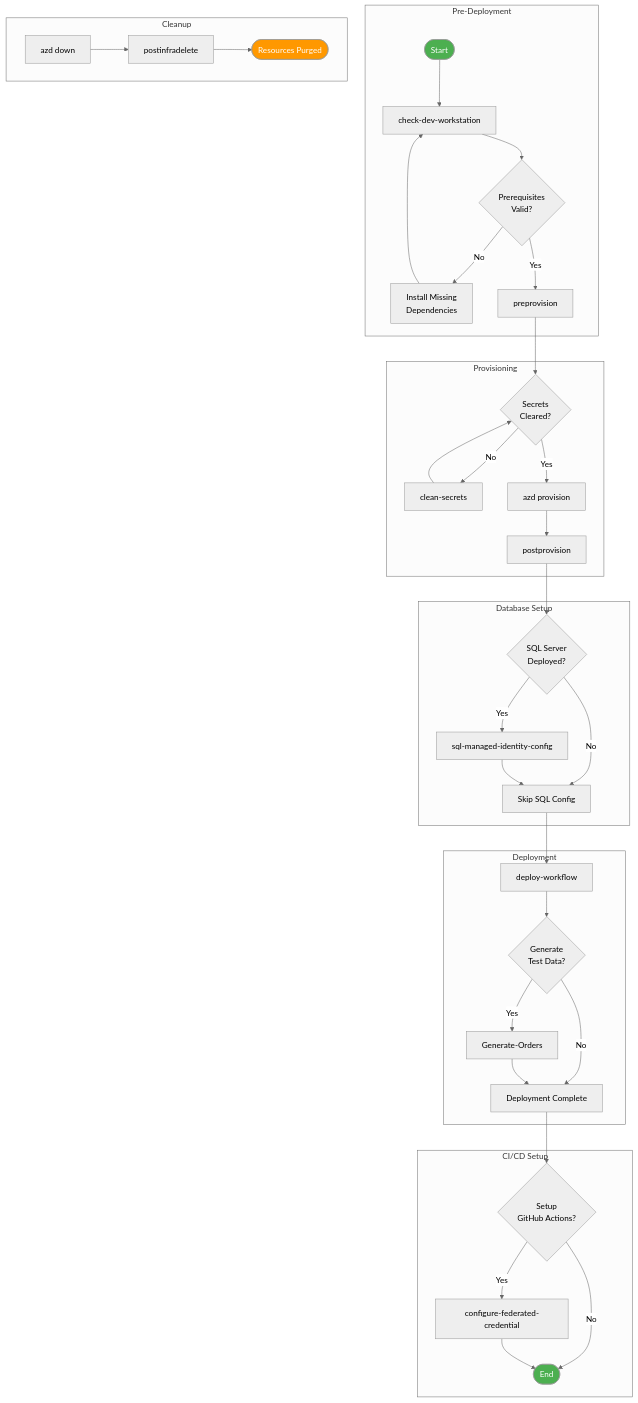
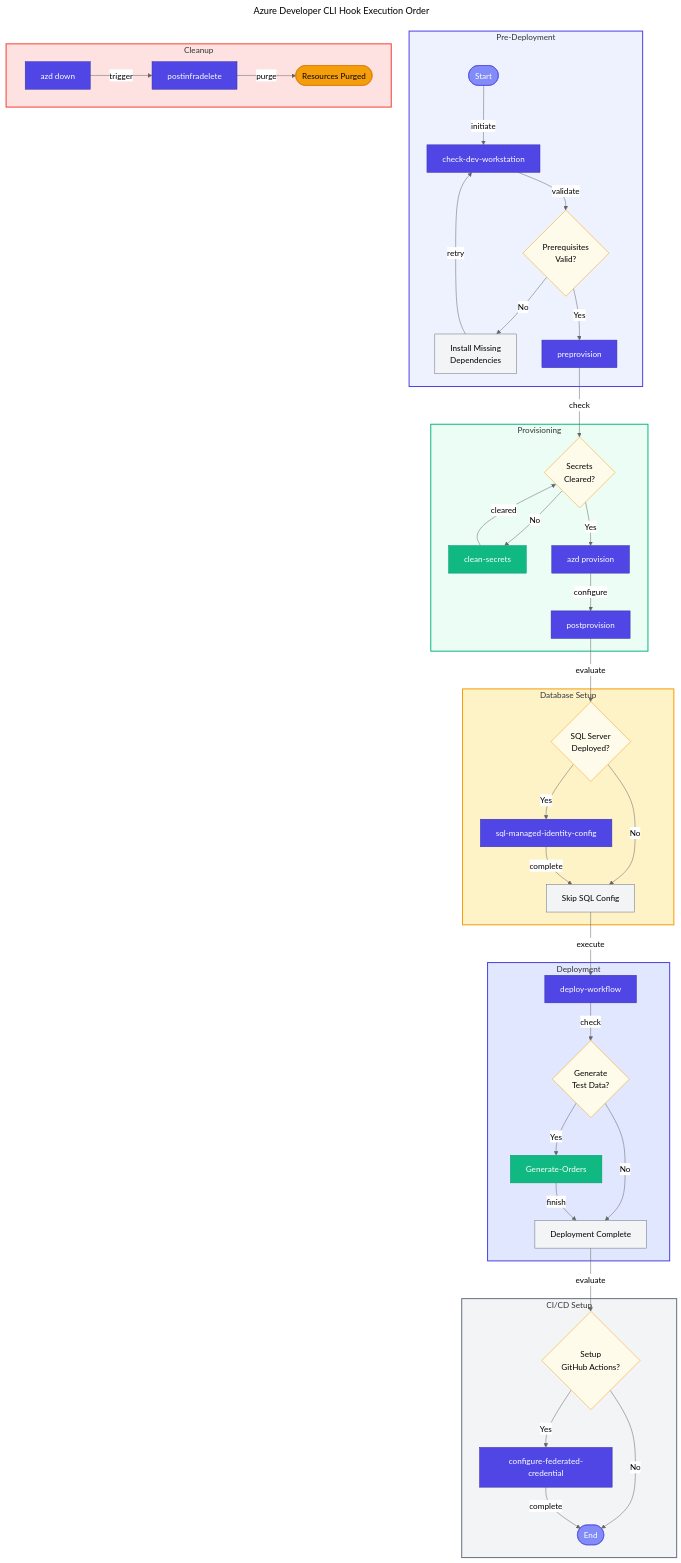
Before and after one commit to Evilazaro/Azure-LogicApps-Monitoring: the diagram in docs/hooks/README.md, drawn with Mermaid (neutral theme). The commit also changed 1 other file, not shown here.

Commit message:
docs: Enhance hooks documentation with improved mermaid diagram for hook execution order

````diff
--- a/docs/hooks/README.md
+++ b/docs/hooks/README.md
@@ -59,49 +59,80 @@
 ```mermaid
+---
+title: Azure Developer CLI Hook Execution Order
+---
 flowchart TD
-    subgraph "Pre-Deployment"
-        A([Start]) --> B[check-dev-workstation]
-        B --> C{Prerequisites<br/>Valid?}
+    %% ===== CLASS DEFINITIONS =====
+    classDef primary fill:#4F46E5,stroke:#3730A3,color:#FFFFFF
+    classDef secondary fill:#10B981,stroke:#059669,color:#FFFFFF
+    classDef datastore fill:#F59E0B,stroke:#D97706,color:#000000
+    classDef external fill:#6B7280,stroke:#4B5563,color:#FFFFFF,stroke-dasharray:5 5
+    classDef failed fill:#F44336,stroke:#C62828,color:#FFFFFF
+    classDef trigger fill:#818CF8,stroke:#4F46E5,color:#FFFFFF
+    classDef decision fill:#FFFBEB,stroke:#F59E0B,color:#000000
+    classDef input fill:#F3F4F6,stroke:#6B7280,color:#000000
+
+    %% ===== PRE-DEPLOYMENT STAGE =====
+    subgraph PreDeploy["Pre-Deployment"]
+        A([Start]) -->|initiate| B[check-dev-workstation]
+        B -->|validate| C{Prerequisites<br/>Valid?}
         C -->|No| D[Install Missing<br/>Dependencies]
-        D --> B
+        D -->|retry| B
         C -->|Yes| E[preprovision]
     end
 
-    subgraph "Provisioning"
-        E --> F{Secrets<br/>Cleared?}
+    %% ===== PROVISIONING STAGE =====
+    subgraph Provision["Provisioning"]
+        E -->|check| F{Secrets<br/>Cleared?}
         F -->|No| G[clean-secrets]
-        G --> F
+        G -->|cleared| F
         F -->|Yes| H[azd provision]
-        H --> I[postprovision]
+        H -->|configure| I[postprovision]
     end
 
-    subgraph "Database Setup"
-        I --> J{SQL Server<br/>Deployed?}
+    %% ===== DATABASE SETUP STAGE =====
+    subgraph DBSetup["Database Setup"]
+        I -->|evaluate| J{SQL Server<br/>Deployed?}
         J -->|Yes| K[sql-managed-identity-config]
         J -->|No| L[Skip SQL Config]
-        K --> L
+        K -->|complete| L
     end
 
-    subgraph "Deployment"
-        L --> M[deploy-workflow]
-        M --> N{Generate<br/>Test Data?}
+    %% ===== DEPLOYMENT STAGE =====
+    subgraph Deploy["Deployment"]
+        L -->|execute| M[deploy-workflow]
+        M -->|check| N{Generate<br/>Test Data?}
         N -->|Yes| O[Generate-Orders]
         N -->|No| P[Deployment Complete]
-        O --> P
+        O -->|finish| P
     end
 
-    subgraph "CI/CD Setup"
-        P --> Q{Setup<br/>GitHub Actions?}
+    %% ===== CI/CD SETUP STAGE =====
+    subgraph CICD["CI/CD Setup"]
+        P -->|evaluate| Q{Setup<br/>GitHub Actions?}
         Q -->|Yes| R[configure-federated-credential]
         Q -->|No| S([End])
-        R --> S
+        R -->|complete| S
     end
 
-    subgraph "Cleanup"
-        T[azd down] --> U[postinfradelete]
-        U --> V([Resources Purged])
+    %% ===== CLEANUP STAGE =====
+    subgraph Cleanup["Cleanup"]
+        T[azd down] -->|trigger| U[postinfradelete]
+        U -->|purge| V([Resources Purged])
     end
 
-    style A fill:#4CAF50,color:#fff
-    style S fill:#4CAF50,color:#fff
-    style V fill:#FF9800,color:#fff
+    %% ===== SUBGRAPH STYLES =====
+    style PreDeploy fill:#EEF2FF,stroke:#4F46E5,stroke-width:2px
+    style Provision fill:#ECFDF5,stroke:#10B981,stroke-width:2px
+    style DBSetup fill:#FEF3C7,stroke:#F59E0B,stroke-width:2px
+    style Deploy fill:#E0E7FF,stroke:#4F46E5,stroke-width:2px
+    style CICD fill:#F3F4F6,stroke:#6B7280,stroke-width:2px
+    style Cleanup fill:#FEE2E2,stroke:#F44336,stroke-width:2px
+
+    %% ===== NODE CLASS ASSIGNMENTS =====
+    class A,S trigger
+    class B,E,H,I,K,M,R,T,U primary
+    class G,O secondary
+    class C,F,J,N,Q decision
+    class D,L,P input
+    class V datastore
 ```
````
